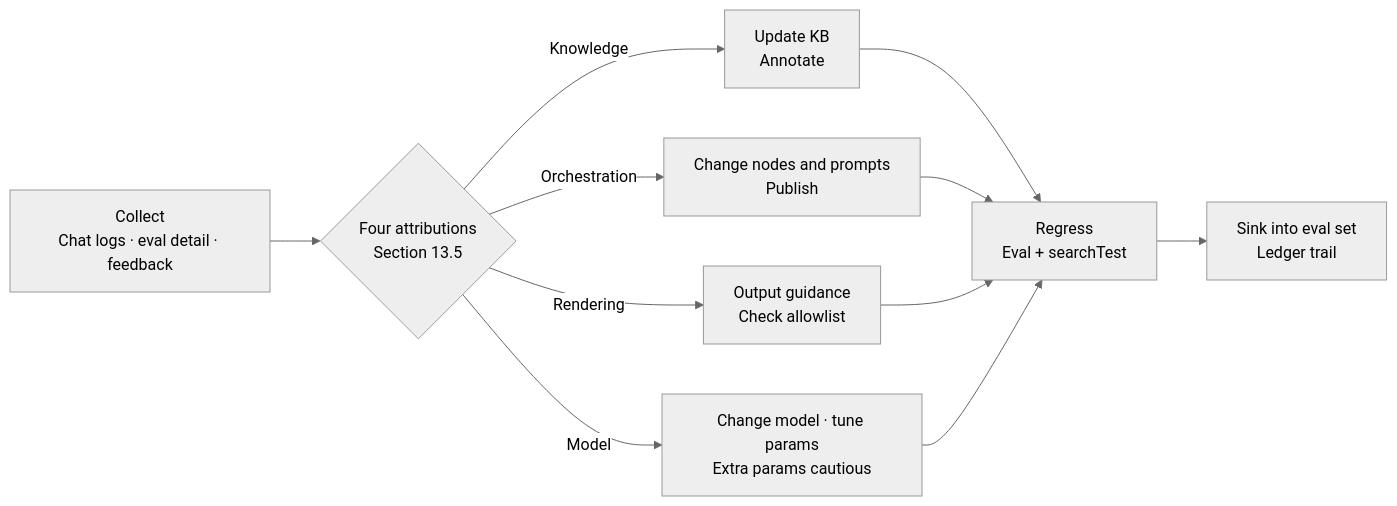
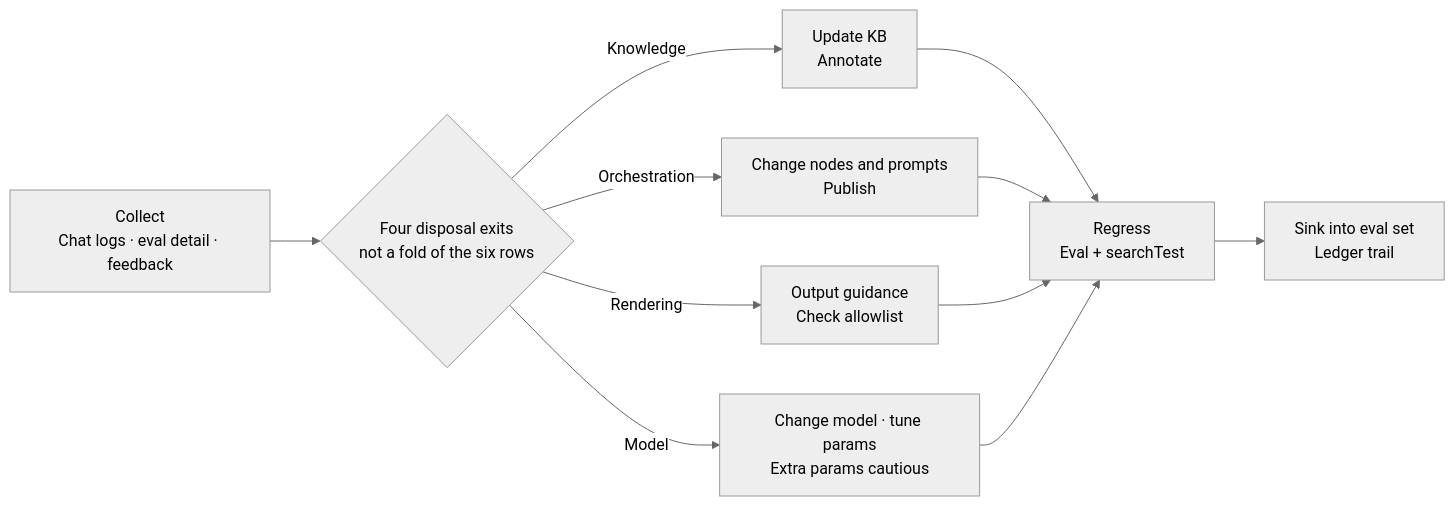
The third of 3 diagrams in books/fastgpt/en/chapters/13-chat-operations-eval.md (ybak/ai-tutorial), drawn with Mermaid (neutral theme) before and after one commit. The commit also changed other lines of this file and 21 other files, not shown here.

````diff
--- a/books/fastgpt/en/chapters/13-chat-operations-eval.md
+++ b/books/fastgpt/en/chapters/13-chat-operations-eval.md
@@ -229,13 +229,13 @@
 ```mermaid
 flowchart LR
-    A["Collect<br/>Chat logs · eval detail · feedback"] --> B{"Four attributions<br/>Section 13.5"}
+    A["Collect<br/>Chat logs · eval detail · feedback"] --> B{"Four disposal exits<br/>not a fold of the six rows"}
     B -->|Knowledge| C["Update KB<br/>Annotate"]
     B -->|Orchestration| D["Change nodes and prompts<br/>Publish"]
     B -->|Rendering| E["Output guidance<br/>Check allowlist"]
     B -->|Model| F["Change model · tune params<br/>Extra params cautious"]
     C --> G["Regress<br/>Eval + searchTest"]
     D --> G
     E --> G
     F --> G
     G --> H["Sink into eval set<br/>Ledger trail"]
 ```
````
